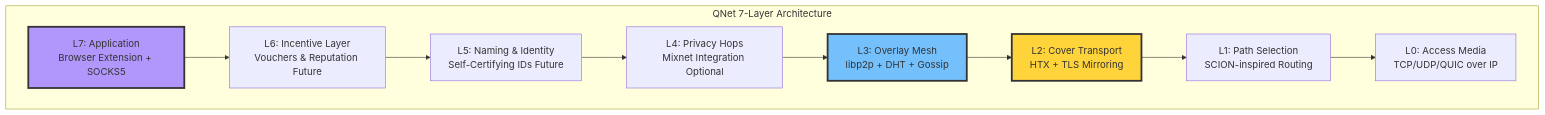
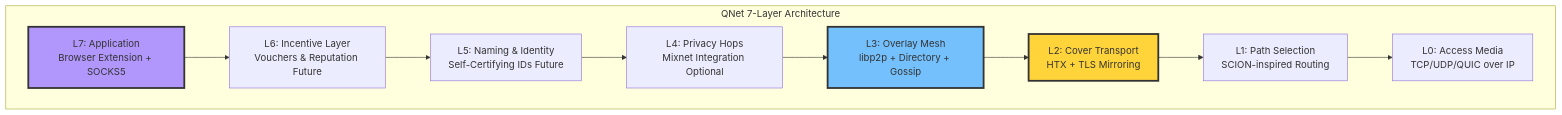
The second of 15 diagrams in README.md (QW1CKS/qnet), drawn with Mermaid before and after one commit. The commit also changed other lines of this file and 39 other files, not shown here.

````diff
--- a/README.md
+++ b/README.md
@@ -106,25 +106,25 @@
 ```mermaid
 graph TB
     subgraph "QNet 7-Layer Architecture"
         L7[L7: Application<br/>Browser Extension + SOCKS5]
         L6[L6: Incentive Layer<br/>Vouchers & Reputation Future]
         L5[L5: Naming & Identity<br/>Self-Certifying IDs Future]
         L4[L4: Privacy Hops<br/>Mixnet Integration Optional]
-        L3[L3: Overlay Mesh<br/>libp2p + DHT + Gossip]
+        L3[L3: Overlay Mesh<br/>libp2p + Directory + Gossip]
         L2[L2: Cover Transport<br/>HTX + TLS Mirroring]
         L1[L1: Path Selection<br/>SCION-inspired Routing]
         L0[L0: Access Media<br/>TCP/UDP/QUIC over IP]
     end
     
     L7 --> L6
     L6 --> L5
     L5 --> L4
     L4 --> L3
     L3 --> L2
     L2 --> L1
     L1 --> L0
     
     style L2 fill:#ffd43b,stroke:#333,stroke-width:3px
     style L3 fill:#74c0fc,stroke:#333,stroke-width:3px
     style L7 fill:#b197fc,stroke:#333,stroke-width:3px
 ```
````
